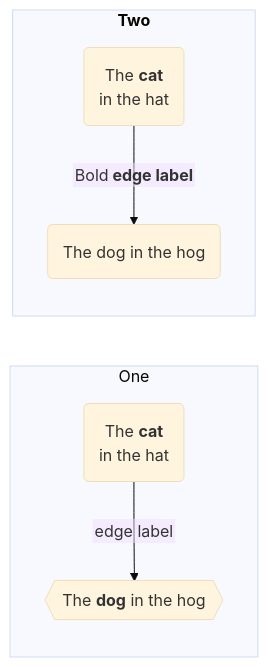
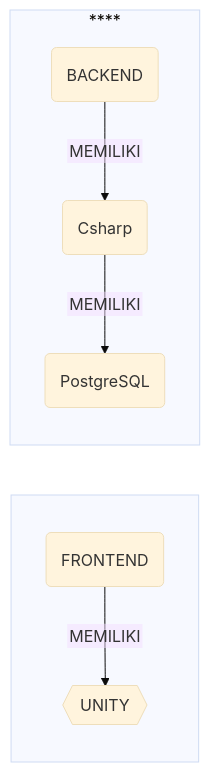
The second of 2 diagrams in TugasBikinGame.md (irhamMutaalimin/jawaban-Job-Interview-Teknik-Informatika), drawn with Mermaid (base theme) before and after one commit. The commit also changed other lines of this file, not shown here.

````diff
--- a/TugasBikinGame.md
+++ b/TugasBikinGame.md
@@ -48,14 +48,14 @@
 ```mermaid  
    
    %%{init: {"flowchart": {"htmlLabels": false}} }%%
 flowchart LR
-subgraph "One"
-  a("`The **cat**
-  in the hat`") -- "edge label" --> b{{"`The **dog** in the hog`"}}
+subgraph " "
+  a("FRONTEND
+  ") -- "MEMILIKI" --> b{{"UNITY"}}
 end
-subgraph "`**Two**`"
-  c("`The **cat**
-  in the hat`") -- "`Bold **edge label**`" --> d("The dog in the hog")
+subgraph "****"
+  c("BACKEND
+  ") -- " MEMILIKI " --> d("Csharp")-- " MEMILIKI " --> e("PostgreSQL")
 end
 
 ```
````
